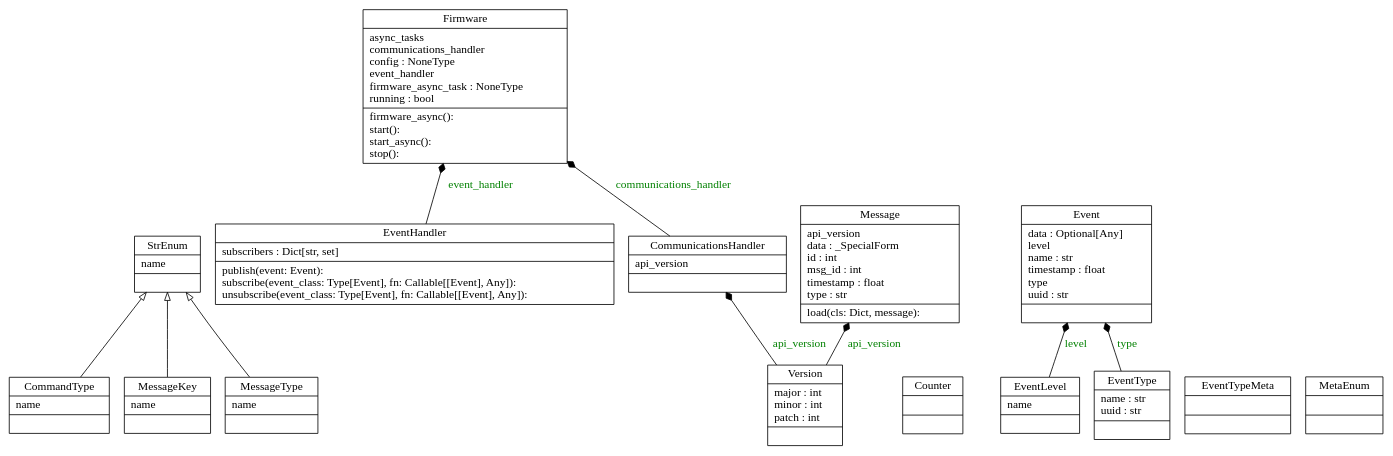
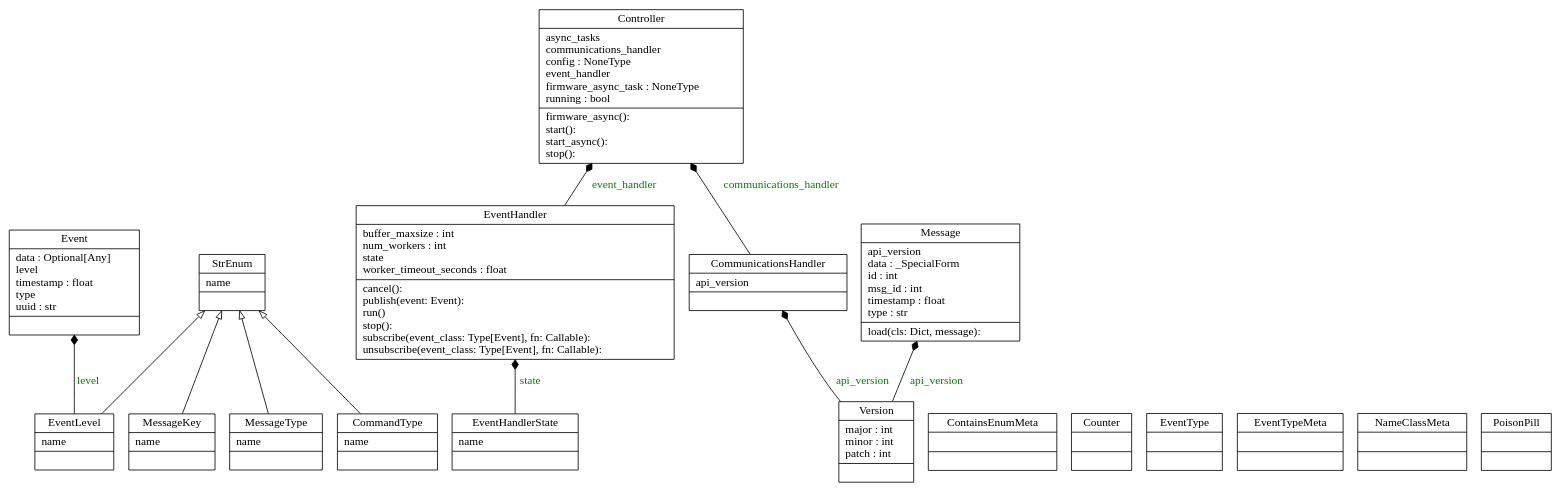
Before and after one commit to bonastreyair/iot-firmware: the diagram in docs/graphs/classes.dot, drawn with Graphviz. The commit also changed 22 other files, not shown here.

First line of the commit message:
async EventHandler (#28)

```diff
--- a/docs/graphs/classes.dot
+++ b/docs/graphs/classes.dot
@@ -1,28 +1,32 @@
 digraph "classes" {
 rankdir=BT
 charset="utf-8"
 "iot_firmware.enums.CommandType" [color="black", fontcolor="black", label="{CommandType|name\l|}", shape="record", style="solid"];
 "iot_firmware.communications.handler.CommunicationsHandler" [color="black", fontcolor="black", label="{CommunicationsHandler|api_version\l|}", shape="record", style="solid"];
+"iot_firmware.enums.ContainsEnumMeta" [color="black", fontcolor="black", label="{ContainsEnumMeta|\l|}", shape="record", style="solid"];
+"iot_firmware.controller.Controller" [color="black", fontcolor="black", label="{Controller|async_tasks\lcommunications_handler\lconfig : NoneType\levent_handler\lfirmware_async_task : NoneType\lrunning : bool\l|firmware_async(): \lstart(): \lstart_async(): \lstop(): \l}", shape="record", style="solid"];
 "iot_firmware.communications.utils.Counter" [color="black", fontcolor="black", label="{Counter|\l|}", shape="record", style="solid"];
-"iot_firmware.event.schema.Event" [color="black", fontcolor="black", label="{Event|data : Optional[Any]\llevel\lname : str\ltimestamp : float\ltype\luuid : str\l|}", shape="record", style="solid"];
-"iot_firmware.event.handler.EventHandler" [color="black", fontcolor="black", label="{EventHandler|subscribers : Dict[str, set]\l|publish(event: Event): \lsubscribe(event_class: Type[Event], fn: Callable[[Event], Any]): \lunsubscribe(event_class: Type[Event], fn: Callable[[Event], Any]): \l}", shape="record", style="solid"];
+"iot_firmware.event.schema.Event" [color="black", fontcolor="black", label="{Event|data : Optional[Any]\llevel\ltimestamp : float\ltype\luuid : str\l|}", shape="record", style="solid"];
+"iot_firmware.event.handler.EventHandler" [color="black", fontcolor="black", label="{EventHandler|buffer_maxsize : int\lnum_workers : int\lstate\lworker_timeout_seconds : float\l|cancel(): \lpublish(event: Event): \lrun()\lstop(): \lsubscribe(event_class: Type[Event], fn: Callable): \lunsubscribe(event_class: Type[Event], fn: Callable): \l}", shape="record", style="solid"];
+"iot_firmware.event.enum.EventHandlerState" [color="black", fontcolor="black", label="{EventHandlerState|name\l|}", shape="record", style="solid"];
 "iot_firmware.event.enum.EventLevel" [color="black", fontcolor="black", label="{EventLevel|name\l|}", shape="record", style="solid"];
-"iot_firmware.event.schema.EventType" [color="black", fontcolor="black", label="{EventType|name : str\luuid : str\l|}", shape="record", style="solid"];
+"iot_firmware.event.schema.EventType" [color="black", fontcolor="black", label="{EventType|\l|}", shape="record", style="solid"];
 "iot_firmware.event.schema.EventTypeMeta" [color="black", fontcolor="black", label="{EventTypeMeta|\l|}", shape="record", style="solid"];
-"iot_firmware.firmware.Firmware" [color="black", fontcolor="black", label="{Firmware|async_tasks\lcommunications_handler\lconfig : NoneType\levent_handler\lfirmware_async_task : NoneType\lrunning : bool\l|firmware_async(): \lstart(): \lstart_async(): \lstop(): \l}", shape="record", style="solid"];
 "iot_firmware.communications.schema.Message" [color="black", fontcolor="black", label="{Message|api_version\ldata : _SpecialForm\lid : int\lmsg_id : int\ltimestamp : float\ltype : str\l|load(cls: Dict, message): \l}", shape="record", style="solid"];
 "iot_firmware.enums.MessageKey" [color="black", fontcolor="black", label="{MessageKey|name\l|}", shape="record", style="solid"];
 "iot_firmware.enums.MessageType" [color="black", fontcolor="black", label="{MessageType|name\l|}", shape="record", style="solid"];
-"iot_firmware.enums.MetaEnum" [color="black", fontcolor="black", label="{MetaEnum|\l|}", shape="record", style="solid"];
+"iot_firmware.enums.NameClassMeta" [color="black", fontcolor="black", label="{NameClassMeta|\l|}", shape="record", style="solid"];
+"iot_firmware.event.handler.PoisonPill" [color="black", fontcolor="black", label="{PoisonPill|\l|}", shape="record", style="solid"];
 "iot_firmware.enums.StrEnum" [color="black", fontcolor="black", label="{StrEnum|name\l|}", shape="record", style="solid"];
 "iot_firmware.communications.schema.Version" [color="black", fontcolor="black", label="{Version|major : int\lminor : int\lpatch : int\l|}", shape="record", style="solid"];
 "iot_firmware.enums.CommandType" -> "iot_firmware.enums.StrEnum" [arrowhead="empty", arrowtail="none"];
 "iot_firmware.enums.MessageKey" -> "iot_firmware.enums.StrEnum" [arrowhead="empty", arrowtail="none"];
 "iot_firmware.enums.MessageType" -> "iot_firmware.enums.StrEnum" [arrowhead="empty", arrowtail="none"];
-"iot_firmware.communications.handler.CommunicationsHandler" -> "iot_firmware.firmware.Firmware" [arrowhead="diamond", arrowtail="none", fontcolor="green", label="communications_handler", style="solid"];
+"iot_firmware.event.enum.EventLevel" -> "iot_firmware.enums.StrEnum" [arrowhead="empty", arrowtail="none"];
+"iot_firmware.communications.handler.CommunicationsHandler" -> "iot_firmware.controller.Controller" [arrowhead="diamond", arrowtail="none", fontcolor="green", label="communications_handler", style="solid"];
 "iot_firmware.communications.schema.Version" -> "iot_firmware.communications.handler.CommunicationsHandler" [arrowhead="diamond", arrowtail="none", fontcolor="green", label="api_version", style="solid"];
 "iot_firmware.communications.schema.Version" -> "iot_firmware.communications.schema.Message" [arrowhead="diamond", arrowtail="none", fontcolor="green", label="api_version", style="solid"];
+"iot_firmware.event.enum.EventHandlerState" -> "iot_firmware.event.handler.EventHandler" [arrowhead="diamond", arrowtail="none", fontcolor="green", label="state", style="solid"];
 "iot_firmware.event.enum.EventLevel" -> "iot_firmware.event.schema.Event" [arrowhead="diamond", arrowtail="none", fontcolor="green", label="level", style="solid"];
-"iot_firmware.event.handler.EventHandler" -> "iot_firmware.firmware.Firmware" [arrowhead="diamond", arrowtail="none", fontcolor="green", label="event_handler", style="solid"];
-"iot_firmware.event.schema.EventType" -> "iot_firmware.event.schema.Event" [arrowhead="diamond", arrowtail="none", fontcolor="green", label="type", style="solid"];
+"iot_firmware.event.handler.EventHandler" -> "iot_firmware.controller.Controller" [arrowhead="diamond", arrowtail="none", fontcolor="green", label="event_handler", style="solid"];
 }
```
